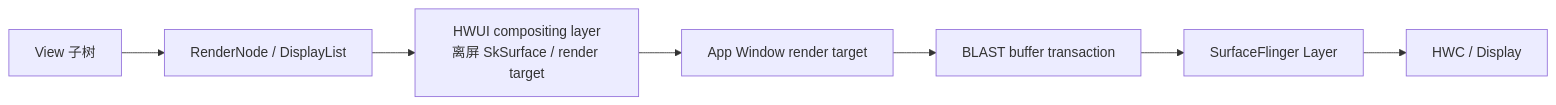
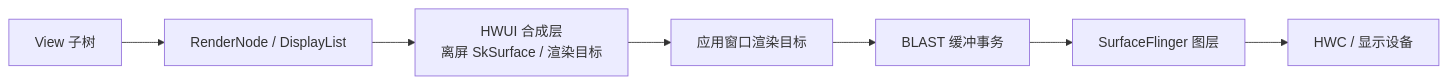
Before and after one commit to Gracker/android-internals-wiki: the diagram in src/part1-fundamentals/ch02-rendering/07-hardware-layer.md, drawn with Mermaid. The commit also changed other lines of this file and 4 other files, not shown here.

````diff
--- a/src/part1-fundamentals/ch02-rendering/07-hardware-layer.md
+++ b/src/part1-fundamentals/ch02-rendering/07-hardware-layer.md
@@ -124,9 +107,9 @@
 ```mermaid
 flowchart LR
     V["View 子树"] --> DL["RenderNode / DisplayList"]
-    DL --> L["HWUI compositing layer<br/>离屏 SkSurface / render target"]
-    L --> W["App Window render target"]
-    W --> B["BLAST buffer transaction"]
-    B --> S["SurfaceFlinger Layer"]
-    S --> D["HWC / Display"]
+    DL --> L["HWUI 合成层<br/>离屏 SkSurface / 渲染目标"]
+    L --> W["应用窗口渲染目标"]
+    W --> B["BLAST 缓冲事务"]
+    B --> S["SurfaceFlinger 图层"]
+    S --> D["HWC / 显示设备"]
 ```
````
